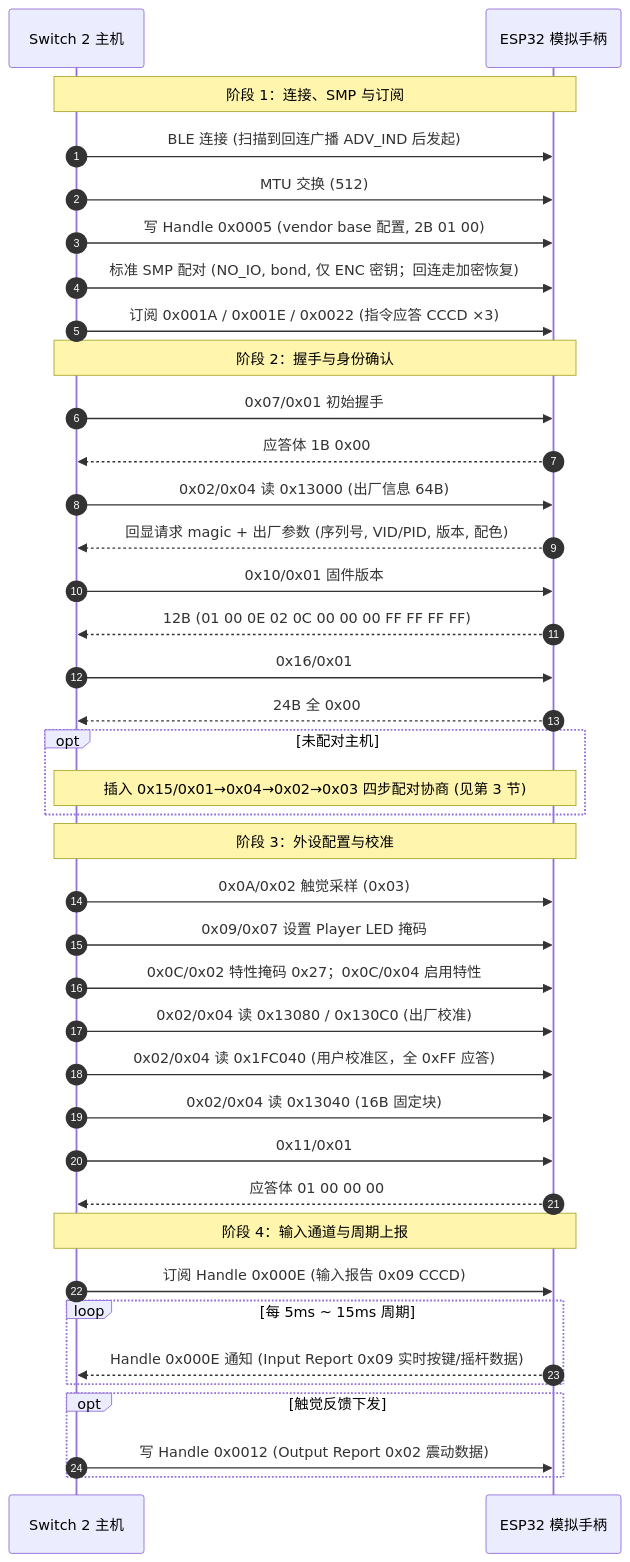
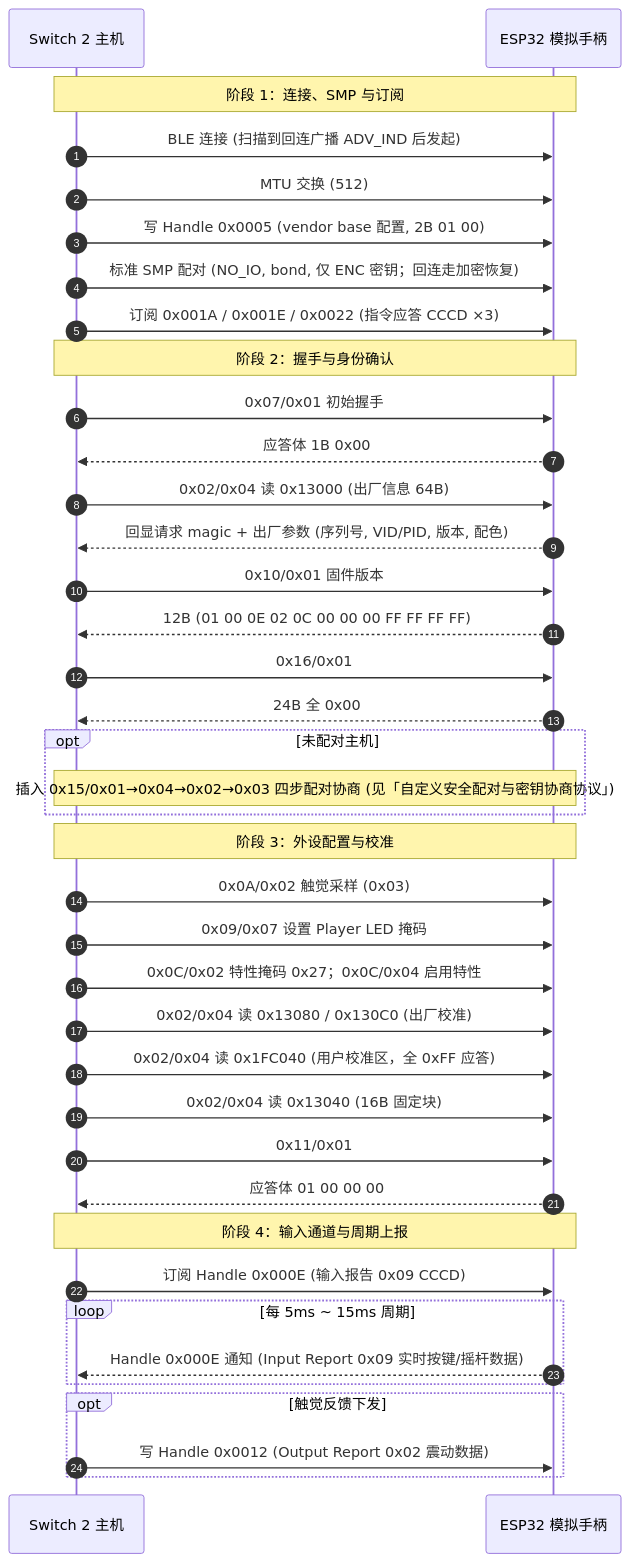
Before and after one commit to slime7/remapad: the third of 3 diagrams in docs/controller.md, drawn with Mermaid. The commit also changed other lines of this file and 26 other files, not shown here.

````diff
--- a/docs/controller.md
+++ b/docs/controller.md
@@ -684,46 +785,46 @@
 ```mermaid
 sequenceDiagram
     autonumber
     participant Host as Switch 2 主机
     participant ESP as ESP32 模拟手柄
 
     Note over Host,ESP: 阶段 1：连接、SMP 与订阅
     Host->>ESP: BLE 连接 (扫描到回连广播 ADV_IND 后发起)
     Host->>ESP: MTU 交换 (512)
     Host->>ESP: 写 Handle 0x0005 (vendor base 配置, 2B 01 00)
     Host->>ESP: 标准 SMP 配对 (NO_IO, bond, 仅 ENC 密钥；回连走加密恢复)
     Host->>ESP: 订阅 0x001A / 0x001E / 0x0022 (指令应答 CCCD ×3)
 
     Note over Host,ESP: 阶段 2：握手与身份确认
     Host->>ESP: 0x07/0x01 初始握手
     ESP-->>Host: 应答体 1B 0x00
     Host->>ESP: 0x02/0x04 读 0x13000 (出厂信息 64B)
     ESP-->>Host: 回显请求 magic + 出厂参数 (序列号, VID/PID, 版本, 配色)
     Host->>ESP: 0x10/0x01 固件版本
     ESP-->>Host: 12B (01 00 0E 02 0C 00 00 00 FF FF FF FF)
     Host->>ESP: 0x16/0x01
     ESP-->>Host: 24B 全 0x00
     opt 未配对主机
-        Note over Host,ESP: 插入 0x15/0x01→0x04→0x02→0x03 四步配对协商 (见第 3 节)
+        Note over Host,ESP: 插入 0x15/0x01→0x04→0x02→0x03 四步配对协商 (见「自定义安全配对与密钥协商协议」)
     end
 
     Note over Host,ESP: 阶段 3：外设配置与校准
     Host->>ESP: 0x0A/0x02 触觉采样 (0x03)
     Host->>ESP: 0x09/0x07 设置 Player LED 掩码
     Host->>ESP: 0x0C/0x02 特性掩码 0x27；0x0C/0x04 启用特性
     Host->>ESP: 0x02/0x04 读 0x13080 / 0x130C0 (出厂校准)
     Host->>ESP: 0x02/0x04 读 0x1FC040 (用户校准区，全 0xFF 应答)
     Host->>ESP: 0x02/0x04 读 0x13040 (16B 固定块)
     Host->>ESP: 0x11/0x01
     ESP-->>Host: 应答体 01 00 00 00
 
     Note over Host,ESP: 阶段 4：输入通道与周期上报
     Host->>ESP: 订阅 Handle 0x000E (输入报告 0x09 CCCD)
     loop 每 5ms ~ 15ms 周期
         ESP-->>Host: Handle 0x000E 通知 (Input Report 0x09 实时按键/摇杆数据)
     end
 
     opt 触觉反馈下发
         Host->>ESP: 写 Handle 0x0012 (Output Report 0x02 震动数据)
     end
 ```
````
